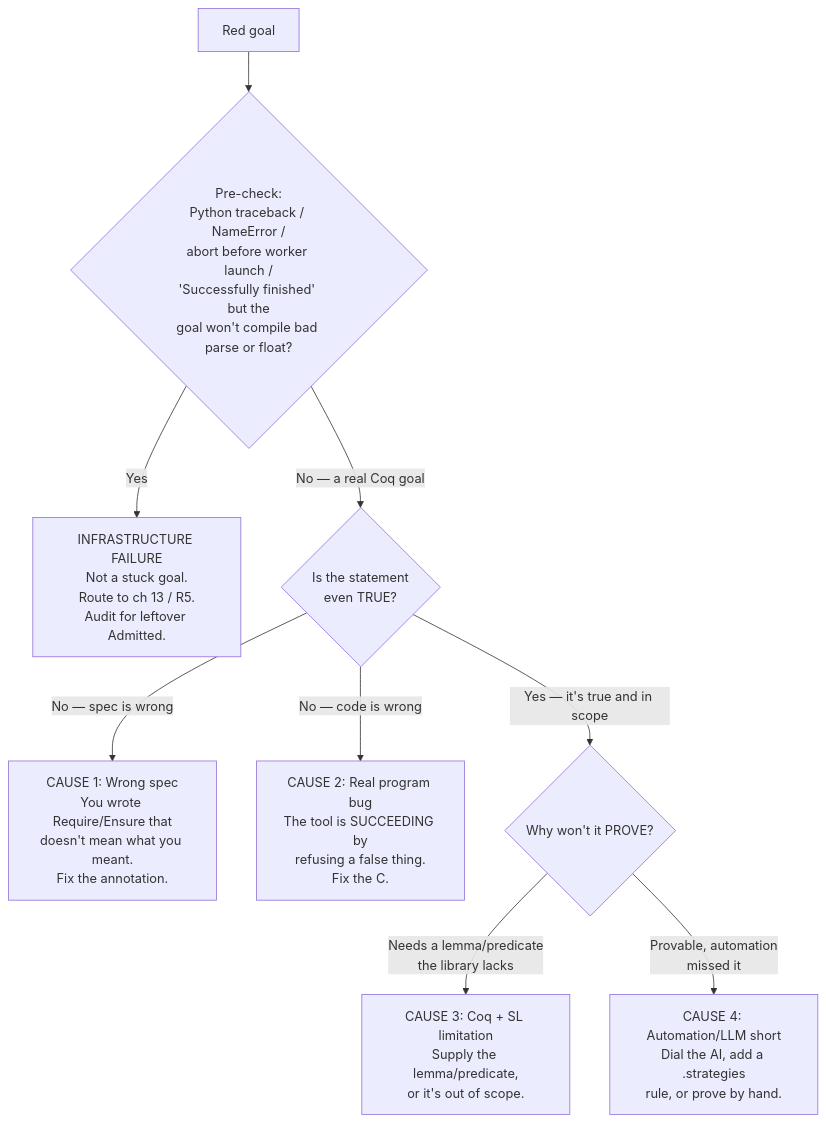
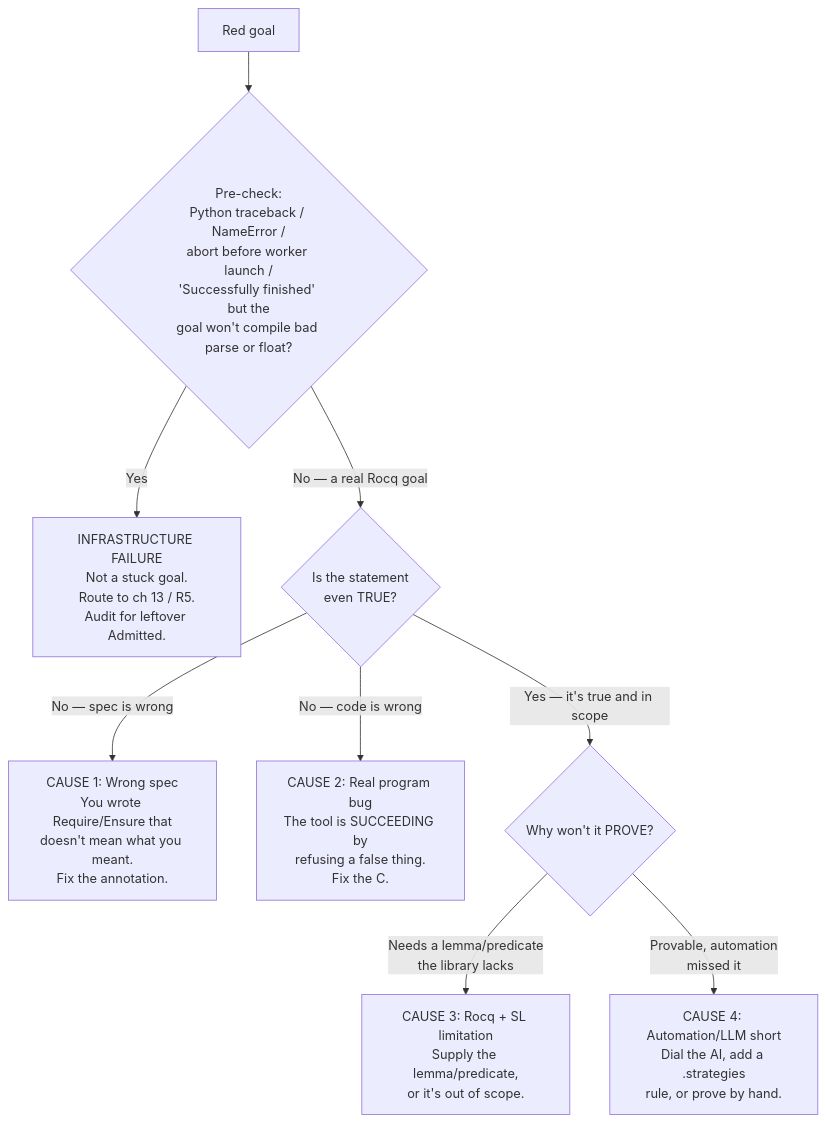
One commit to shaobocuigh/QualifiedCProgramming changed the diagram in manual/ch11-stuck-goal-differential.md. Above: the diagram before and after it, drawn with Mermaid. The commit also changed other lines of this file and 12 other files, not shown here.

````diff
--- a/manual/ch11-stuck-goal-differential.md
+++ b/manual/ch11-stuck-goal-differential.md
@@ -48,11 +48,11 @@
 ```mermaid
 flowchart TD
     A[Red goal] --> P{Pre-check:<br/>Python traceback / NameError /<br/>abort before worker launch /<br/>'Successfully finished' but the<br/>goal won't compile bad parse or float?}
     P -->|Yes| INFRA[INFRASTRUCTURE FAILURE<br/>Not a stuck goal.<br/>Route to ch 13 / R5.<br/>Audit for leftover Admitted.]
-    P -->|"No — a real Coq goal"| T{Is the statement<br/>even TRUE?}
+    P -->|"No — a real Rocq goal"| T{Is the statement<br/>even TRUE?}
     T -->|"No — spec is wrong"| C1[CAUSE 1: Wrong spec<br/>You wrote Require/Ensure that<br/>doesn't mean what you meant.<br/>Fix the annotation.]
     T -->|"No — code is wrong"| C2[CAUSE 2: Real program bug<br/>The tool is SUCCEEDING by<br/>refusing a false thing.<br/>Fix the C.]
     T -->|"Yes — it's true and in scope"| W{Why won't it PROVE?}
-    W -->|"Needs a lemma/predicate<br/>the library lacks"| C3[CAUSE 3: Coq + SL limitation<br/>Supply the lemma/predicate,<br/>or it's out of scope.]
+    W -->|"Needs a lemma/predicate<br/>the library lacks"| C3[CAUSE 3: Rocq + SL limitation<br/>Supply the lemma/predicate,<br/>or it's out of scope.]
     W -->|"Provable, automation<br/>missed it"| C4[CAUSE 4: Automation/LLM short<br/>Dial the AI, add a .strategies<br/>rule, or prove by hand.]
 ```
````
